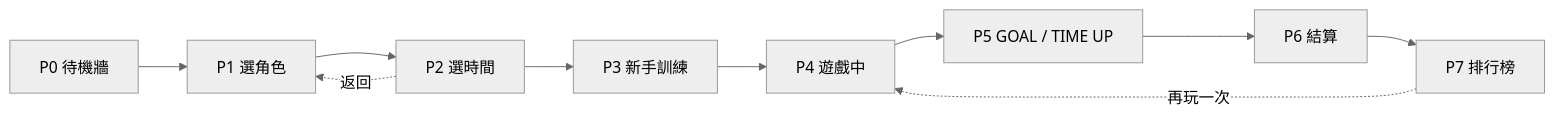
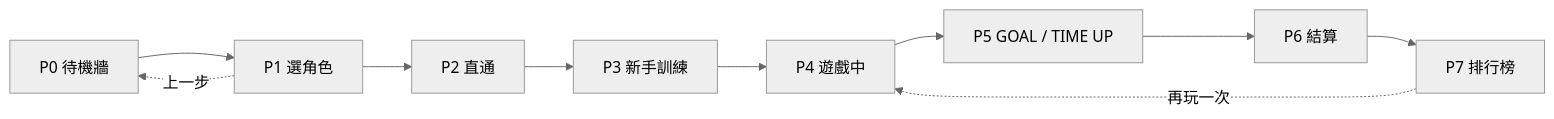
The second of 2 diagrams in README.md (Jason25684531/2D_Chibi-Side-Scrolling-Web-Game), drawn with Mermaid (neutral theme) before and after one commit. The commit also changed other lines of this file and 33 other files, not shown here.

````diff
--- a/README.md
+++ b/README.md
@@ -150,7 +152,7 @@
 ```mermaid
 flowchart LR
-    P0[P0 待機牆] --> P1[P1 選角色] --> P2[P2 選時間] --> P3[P3 新手訓練]
+    P0[P0 待機牆] --> P1[P1 選角色] --> P2[P2 直通] --> P3[P3 新手訓練]
     P3 --> P4[P4 遊戲中] --> P5[P5 GOAL / TIME UP] --> P6[P6 結算] --> P7[P7 排行榜]
-    P2 -. 返回 .-> P1
+    P1 -. 上一步 .-> P0
     P7 -. 再玩一次 .-> P4
 ```
````
